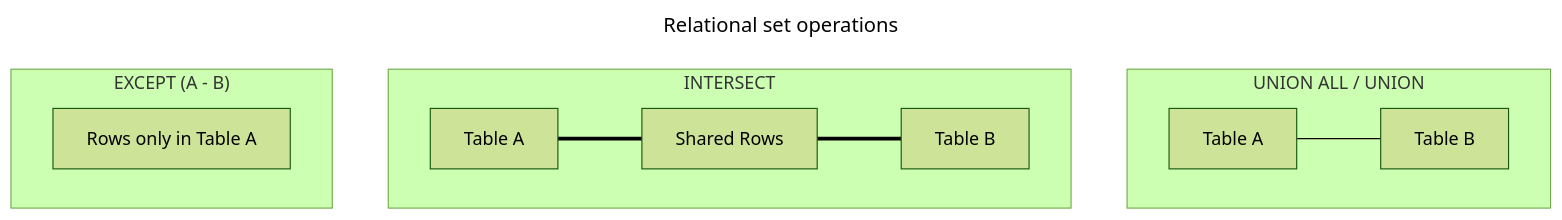
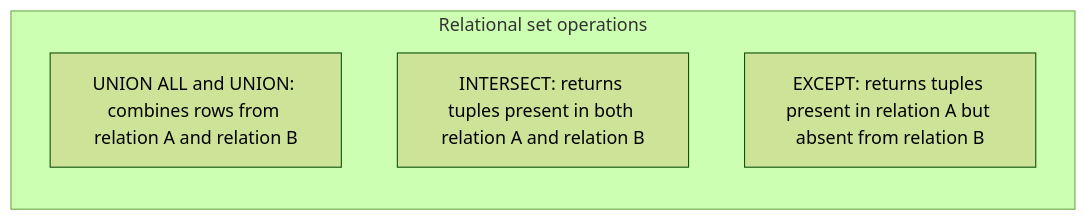
One commit to VineethChivukula/dedocs changed the second of 2 diagrams in content/sql/subqueries-and-set-operations.md. Above: the diagram before and after it, drawn with Mermaid (forest theme). The commit also changed other lines of this file and 26 other files, not shown here.

````diff
--- a/content/sql/subqueries-and-set-operations.md
+++ b/content/sql/subqueries-and-set-operations.md
@@ -225,20 +290,9 @@
 ```mermaid
----
-title: Relational set operations
----
 flowchart TD
-    subgraph U ["UNION ALL / UNION"]
-        direction LR
-        U1["Table A"] --- U2["Table B"]
-    end
-
-    subgraph I ["INTERSECT"]
-        direction LR
-        I1["Table A"] === I2["Shared Rows"] === I3["Table B"]
-    end
-
-    subgraph E ["EXCEPT (A - B)"]
-        direction LR
-        E1["Rows only in Table A"]
+    subgraph Operations ["Relational set operations"]
+        direction TB
+        U["UNION ALL and UNION: combines rows from relation A and relation B"]
+        I["INTERSECT: returns tuples present in both relation A and relation B"]
+        E["EXCEPT: returns tuples present in relation A but absent from relation B"]
     end
 ```
````
